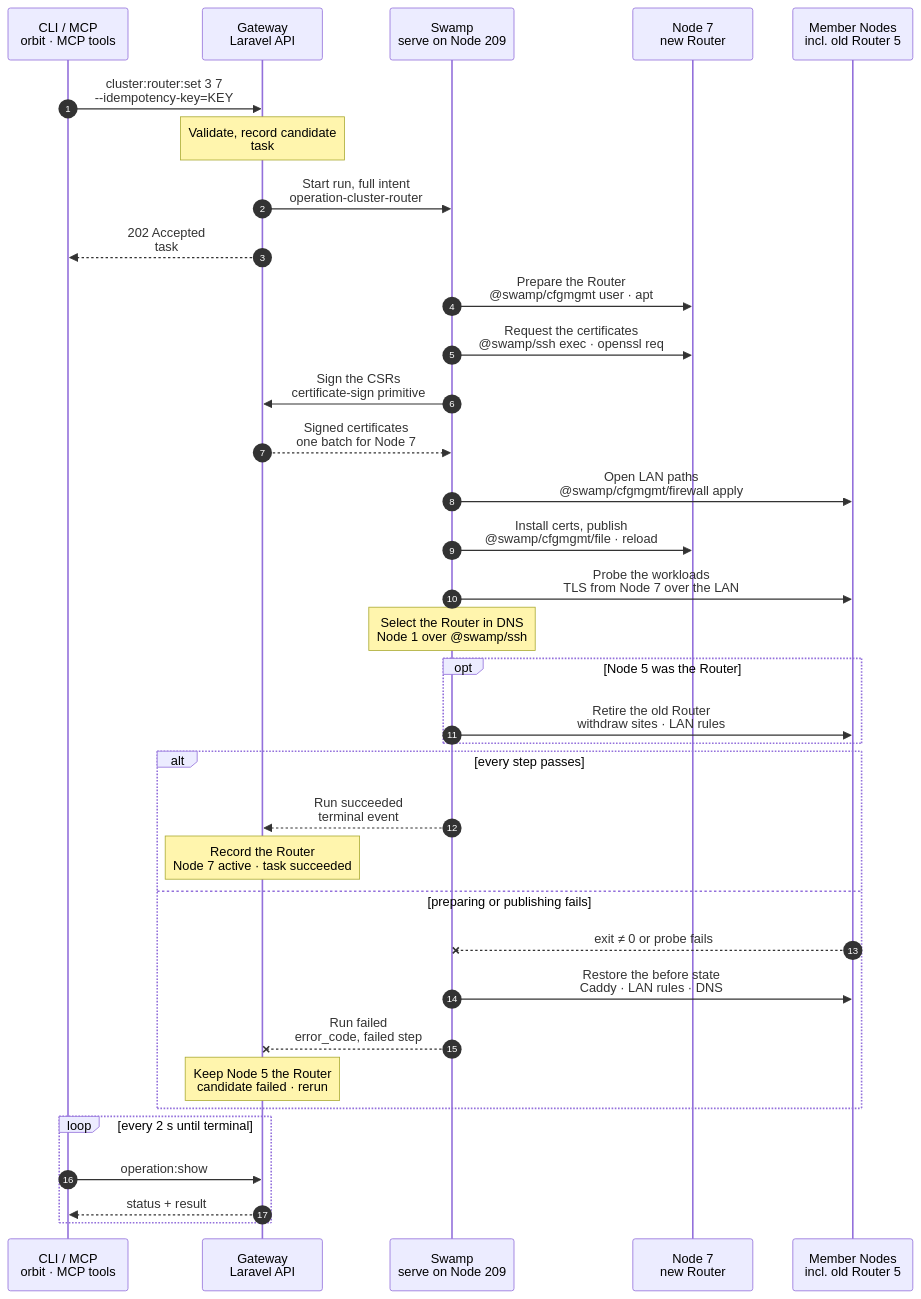
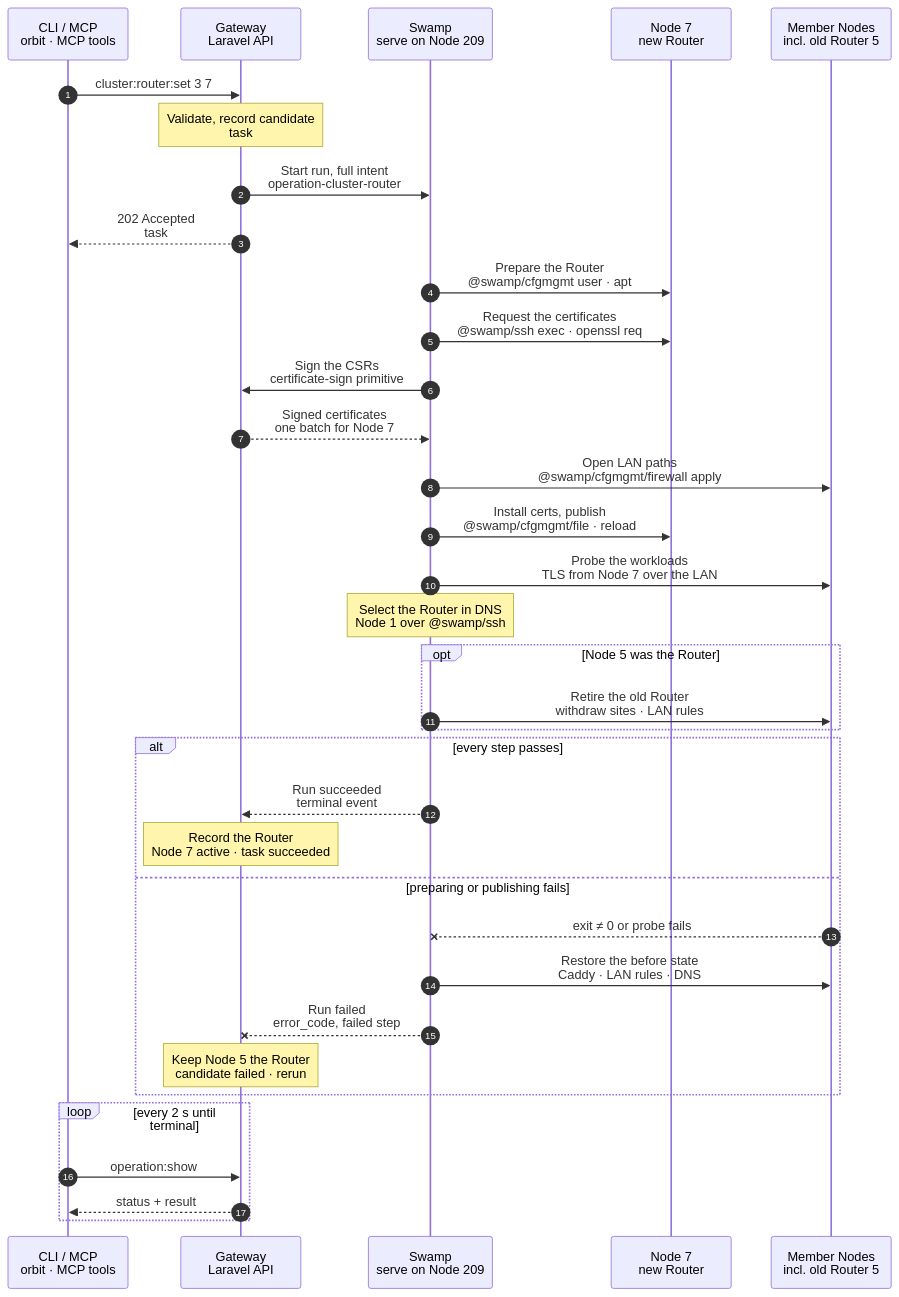
The diagram in docs/cli/cluster/router-set.mmd (hardimpactdev/orbit), drawn with Mermaid before and after one commit. The commit also changed 4 other files, not shown here.

First line of the commit message:
docs(cluster,conn): charts draw the required-parameter path first (flow rule 23) (#2473)

```diff
--- a/docs/cli/cluster/router-set.mmd
+++ b/docs/cli/cluster/router-set.mmd
@@ -1,130 +1,133 @@
 sequenceDiagram
   %% Target design: ADR 0244 task, DECISIONS 1 (cert signing is the one step→Gateway call), R2-R4. docs/reference/native-cluster-router.md, docs/cli/cluster.mdx.
   %% Tightened: flow-tighten 2026-11-02, rules 17, 18, 22 (certificates installed in the publish step, as route:create does; cfgmgmt behaviors named).
   %% status: draft
   %% command: cluster:router:set
   %% kind: cluster.router_set
   autonumber
   %% lane CLI icon=terminal pill=caller tone=gray
   %% lane GW icon=gateway pill=intent tone=blue
   %% lane SW icon=workflow pill=executes tone=green
   %% lane N icon=server pill=target tone=amber
   %% lane M icon=server pill=target tone=purple
   participant CLI as CLI / MCP<br/>orbit · MCP tools
   participant GW as Gateway<br/>Laravel API
   participant SW as Swamp<br/>serve on Node 209
   participant N as Node 7<br/>new Router
   participant M as Member Nodes<br/>incl. old Router 5
-  CLI->>GW: cluster:router:set 3 7<br/>--idempotency-key=KEY
+  CLI->>GW: cluster:router:set 3 7
   %%> Command:
   %%> - `orbit cluster:router:set 3 7`
   %%> - syntax: `<cluster> <node> [--idempotency-key=KEY] [--json]`
+  %%> Options:
+  %%> - `--idempotency-key`: reuses the same Operation admission for a retry with the same key
+  %%> - `--json`: waits for the terminal Operation and renders it as JSON
   %%> Input:
   %%> - the Cluster ID and the Node ID of an active member
   %%> What it does:
   %%> - makes Node 7 the Cluster Router: members on the LAN reach Cluster Routes through it, over HTTPS, and ask it for DNS
   %%> - replaces the current Router, Node 5, without a gap
   Note over GW: Validate, record candidate<br/>task #5160 · Cluster lock
   %%> Requirements:
   %%> - your Node has an access grant to Node 7
   %%> - Node 7 is an active member of Cluster 3 with a LAN address (`cluster.router_node_invalid`)
   %%> - no other Router change runs for Cluster 3; the Gateway waits up to 30 seconds, then refuses with `cluster.router_busy`
   %%> - no unfinished replacement from another Router change (`cluster.router_transition_conflict`)
   %%> Builds:
   %%> - the Router's Caddy sites for every Cluster Route, its certificate requests, and the LAN firewall rules
   %%> - the before and after state, so a failure can restore the before state
   %%> Result:
   %%> - Node 7's `router` assignment recorded as pending; Node 5 stays the active Router
   %%> - task #5160 recorded with the full intent
   GW->>SW: Start run, full intent<br/>operation-cluster-router
   %%> What it does:
   %%> - starts one Swamp run on serve (Node 209)
   %%> Inputs:
   %%> - the sites, certificate requests, LAN rules, and old Router assignments
   %%> - the addresses and SSH host keys of Node 7 and every member; the SSH identity comes from the `swamp` role
   GW-->>CLI: 202 Accepted<br/>task #5160
   %%> What you get:
   %%> - the task number, at once
   %%> Next:
   %%> - the CLI follows the task with `operation:show`
   SW->>N: Prepare the Router<br/>@swamp/cfgmgmt user · apt
   %%> How:
   %%> - over SSH from 209 with `@swamp/ssh` and `@swamp/cfgmgmt` behaviors
   %%> What it does:
   %%> - the `router` role setup: the managed account, the required packages and the pinned Caddy package
   %%> - an existing, matching install is left as it is
   SW->>N: Request the certificates<br/>@swamp/ssh exec · openssl req
   %%> What it does:
   %%> - makes a key and a CSR on Node 7 for each Cluster Route domain that changed
   %%> - the private keys never leave Node 7
   SW->>GW: Sign the CSRs<br/>certificate-sign primitive
   %%> Why a call to the Gateway:
   %%> - certificate signing is the one allowed step→Gateway call; the Orbit CA stays in the Gateway
   GW-->>SW: Signed certificates<br/>one batch for Node 7
   %%> Returns:
   %%> - the signed certificates; Swamp installs them on Node 7
   SW->>M: Open LAN paths<br/>@swamp/cfgmgmt/firewall apply
   %%> What it does:
   %%> - on Node 7: allows 443/tcp and 53/tcp+udp from each eligible member's LAN address
   %%> - on each workload member: allows Node 7's LAN address to its Route ports
   %%> - identical lines are left as they are
   %%> - one `forEach` over the members; it runs beside the certificate request, since neither needs the other
   SW->>N: Install certs, publish<br/>@swamp/cfgmgmt/file · reload
   %%> What it does:
   %%> - installs the signed certificates next to their keys and writes the Router site list with `@swamp/cfgmgmt/file`, in one step as `route:create` does
   %%> - validates the full Router site list, then reloads the running Caddy; no restart
   SW->>M: Probe the workloads<br/>TLS from Node 7 over the LAN
   %%> What it does:
   %%> - checks from Node 7 that every Cluster Route's workload answers with a valid certificate
   %%> Why:
   %%> - Node 7 only becomes the Router when it can serve every Route
   Note over SW: Select the Router in DNS<br/>Node 1 over @swamp/ssh
   %%> What it does:
   %%> - private DNS answers members' Cluster names with Node 7's LAN address, then waits the 31-second DNS grace
   %%> How:
   %%> - over SSH from 209 to the VPN Node (Node 1), with the `swamp` role's key
   opt Node 5 was the Router
     SW->>M: Retire the old Router<br/>withdraw sites · LAN rules
     %%> When:
     %%> - only when the run replaces a Router, after the DNS grace
     %%> What it does:
     %%> - removes the Router sites and certificates from Node 5 and reloads its Caddy
     %%> - removes the LAN rules that only Node 5 needed; it never removes WireGuard baseline rules
     %%> If it fails:
     %%> - Node 7 stays the Router; the old assignment stays recorded as unfinished, and a rerun finishes it
   end
   alt every step passes
     SW-->>GW: Run succeeded<br/>terminal event
     %%> How the Gateway learns it:
     %%> - its shared run reader sees the terminal event; Swamp never calls the Gateway
     Note over GW: Record the Router<br/>Node 7 active · task succeeded
     %%> Result:
     %%> - Node 7's `router` assignment becomes active; Node 5's is deleted
     %%> - task #5160 succeeds
   else preparing or publishing fails
     M--xSW: exit ≠ 0 or probe fails
     %%> When:
     %%> - a setup, certificate, firewall or Caddy step fails, or a workload probe fails
     SW->>M: Restore the before state<br/>Caddy · LAN rules · DNS
     %%> What it does:
     %%> - puts back the captured Caddy, firewall and DNS state, so Node 5 keeps serving
     SW--xGW: Run failed<br/>error_code, failed step
     %%> The Gateway reads:
     %%> - which step failed, its error code, and whether the restore passed
     Note over GW: Keep Node 5 the Router<br/>candidate failed · rerun
     %%> Result:
     %%> - Node 7's assignment is marked failed; Node 5 stays the active Router
     %%> - task #5160 fails
     %%> On the Node:
     %%> - packages and Caddy on Node 7 stay; that is harmless
     %%> Retry:
     %%> - run the same command again after fixing the cause
   end
   loop every 2 s until terminal
     CLI->>GW: operation:show #5160
     %%> What it does:
     %%> - asks for the task's status every 2 seconds until it has ended
     GW-->>CLI: status + result
     %%> Returns:
     %%> - the current status, and the result once the task has ended
   end
```
